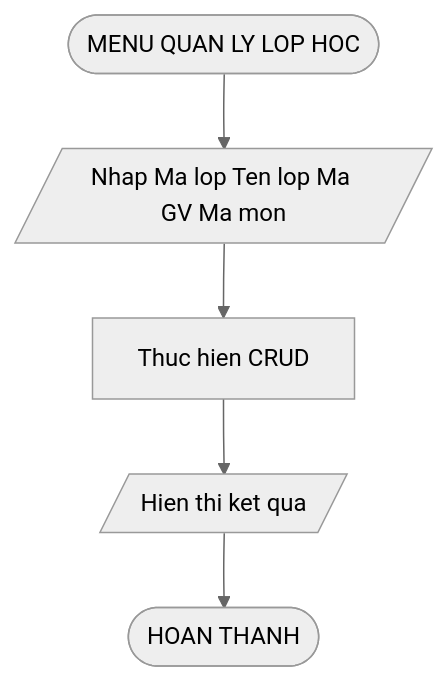
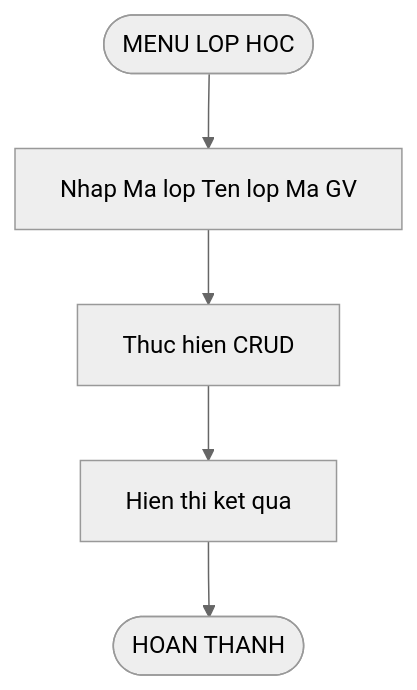
Diagram 13 of 20 in docs/Flowcharts/Flowcharts.md (phucphuc2006/pro-192), drawn with Mermaid (neutral theme) before and after one commit. The commit also changed other lines of this file, not shown here.

Commit message:
Fix Mermaid: remove parallelogram syntax for GitHub

````diff
--- a/docs/Flowcharts/Flowcharts.md
+++ b/docs/Flowcharts/Flowcharts.md
@@ -234,7 +232,7 @@
 ```mermaid
 flowchart TD
-    A([MENU QUAN LY LOP HOC]) --> B[/Nhap Ma lop Ten lop Ma GV Ma mon/]
+    A([MENU LOP HOC]) --> B[Nhap Ma lop Ten lop Ma GV]
     B --> C[Thuc hien CRUD]
-    C --> D[/Hien thi ket qua/]
+    C --> D[Hien thi ket qua]
     D --> E([HOAN THANH])
 ```
````
